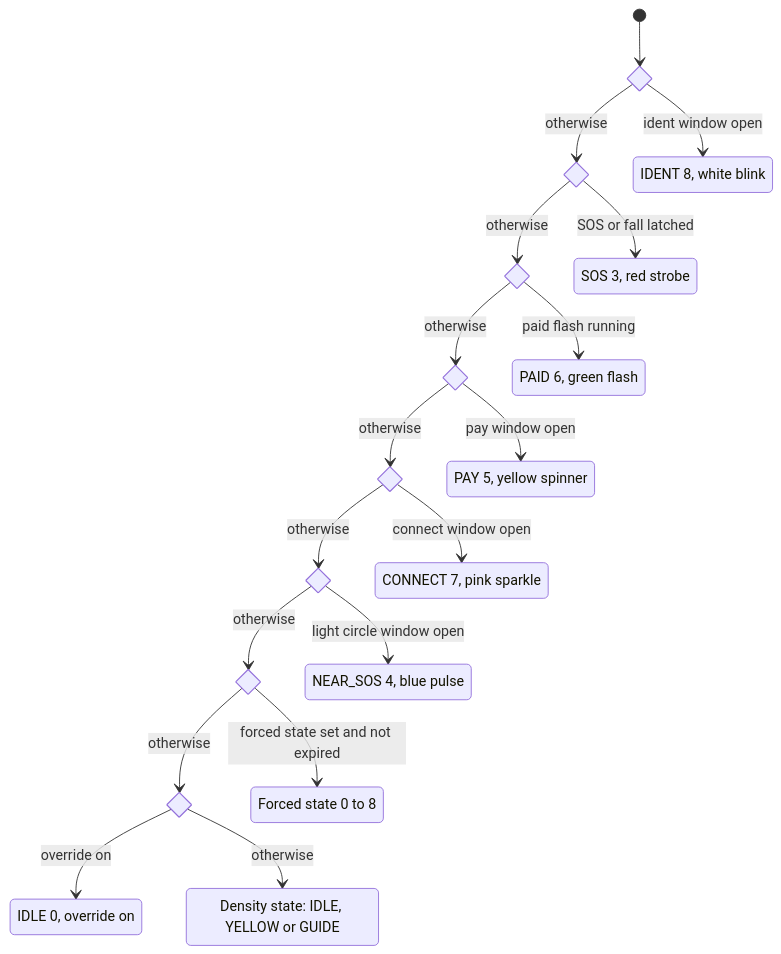
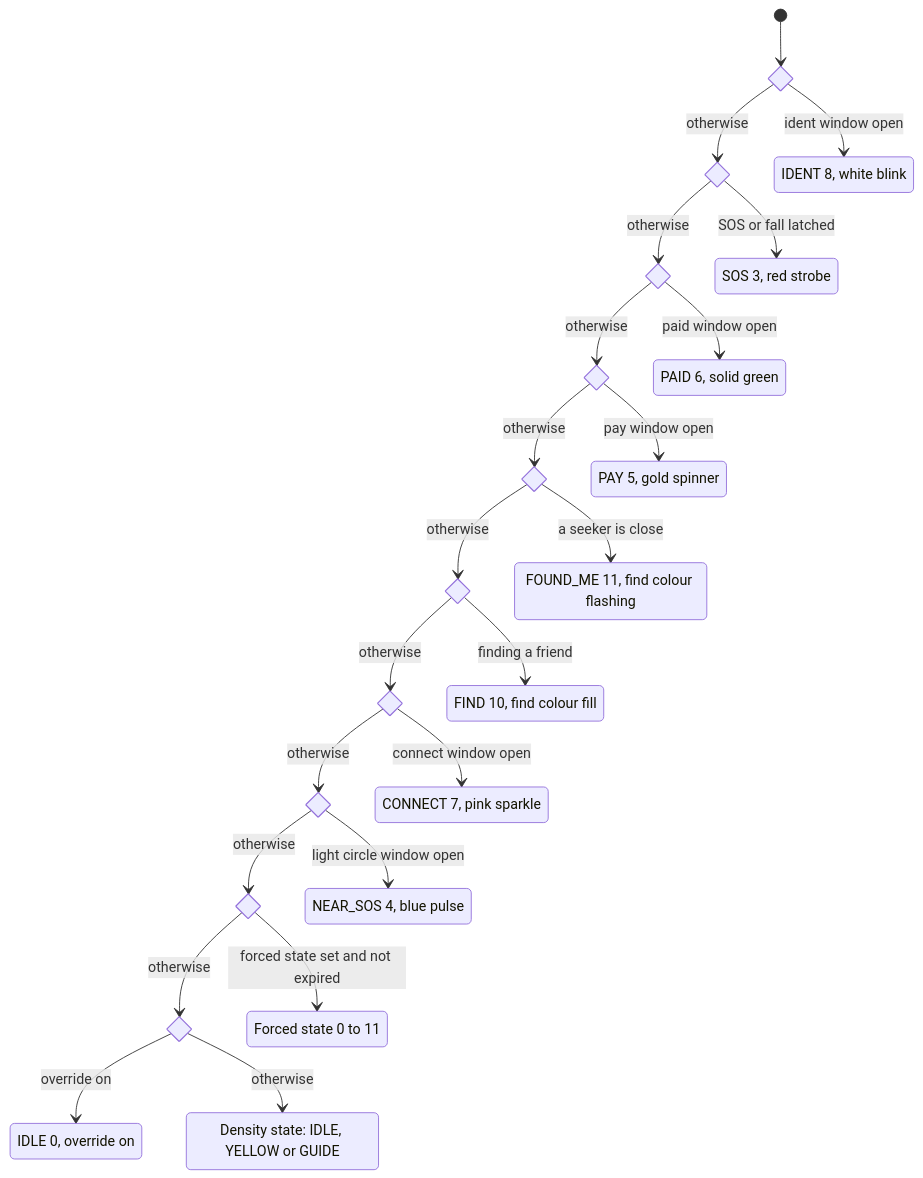
Before and after one commit to viktorinkov/cal-hacks-13: the fourth of 5 diagrams in System Design/4-devices/Hardware.md, drawn with Mermaid. The commit also changed other lines of this file and 26 other files, not shown here.

````diff
--- a/System Design/4-devices/Hardware.md
+++ b/System Design/4-devices/Hardware.md
@@ -221,38 +282,46 @@
 ```mermaid
 stateDiagram-v2
     direction TB
     state c1 <<choice>>
     state c2 <<choice>>
     state c3 <<choice>>
     state c4 <<choice>>
     state c5 <<choice>>
     state c6 <<choice>>
     state c7 <<choice>>
     state c8 <<choice>>
+    state c9 <<choice>>
+    state c10 <<choice>>
     state "IDENT 8, white blink" as IDENT
     state "SOS 3, red strobe" as SOS
-    state "PAID 6, green flash" as PAID
-    state "PAY 5, yellow spinner" as PAY
+    state "PAID 6, solid green" as PAID
+    state "PAY 5, gold spinner" as PAY
+    state "FOUND_ME 11, find colour flashing" as FOUNDME
+    state "FIND 10, find colour fill" as FIND
     state "CONNECT 7, pink sparkle" as CONNECT
     state "NEAR_SOS 4, blue pulse" as NEAR
-    state "Forced state 0 to 8" as FORCED
+    state "Forced state 0 to 11" as FORCED
     state "IDLE 0, override on" as OVR
     state "Density state: IDLE, YELLOW or GUIDE" as DENS
     [*] --> c1
     c1 --> IDENT : ident window open
     c1 --> c2 : otherwise
     c2 --> SOS : SOS or fall latched
     c2 --> c3 : otherwise
-    c3 --> PAID : paid flash running
+    c3 --> PAID : paid window open
     c3 --> c4 : otherwise
     c4 --> PAY : pay window open
     c4 --> c5 : otherwise
-    c5 --> CONNECT : connect window open
+    c5 --> FOUNDME : a seeker is close
     c5 --> c6 : otherwise
-    c6 --> NEAR : light circle window open
+    c6 --> FIND : finding a friend
     c6 --> c7 : otherwise
-    c7 --> FORCED : forced state set and not expired
+    c7 --> CONNECT : connect window open
     c7 --> c8 : otherwise
-    c8 --> OVR : override on
-    c8 --> DENS : otherwise
+    c8 --> NEAR : light circle window open
+    c8 --> c9 : otherwise
+    c9 --> FORCED : forced state set and not expired
+    c9 --> c10 : otherwise
+    c10 --> OVR : override on
+    c10 --> DENS : otherwise
 ```
````
